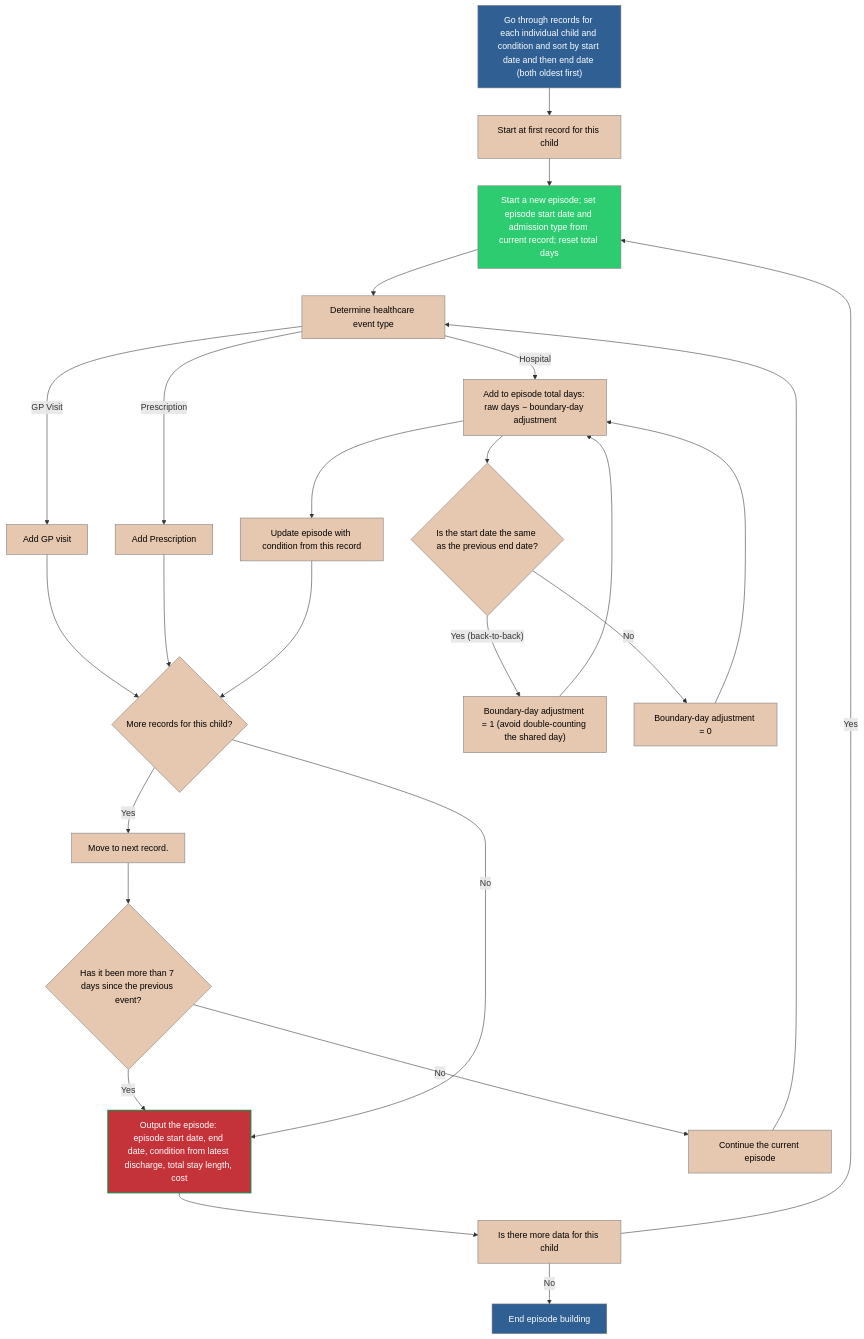
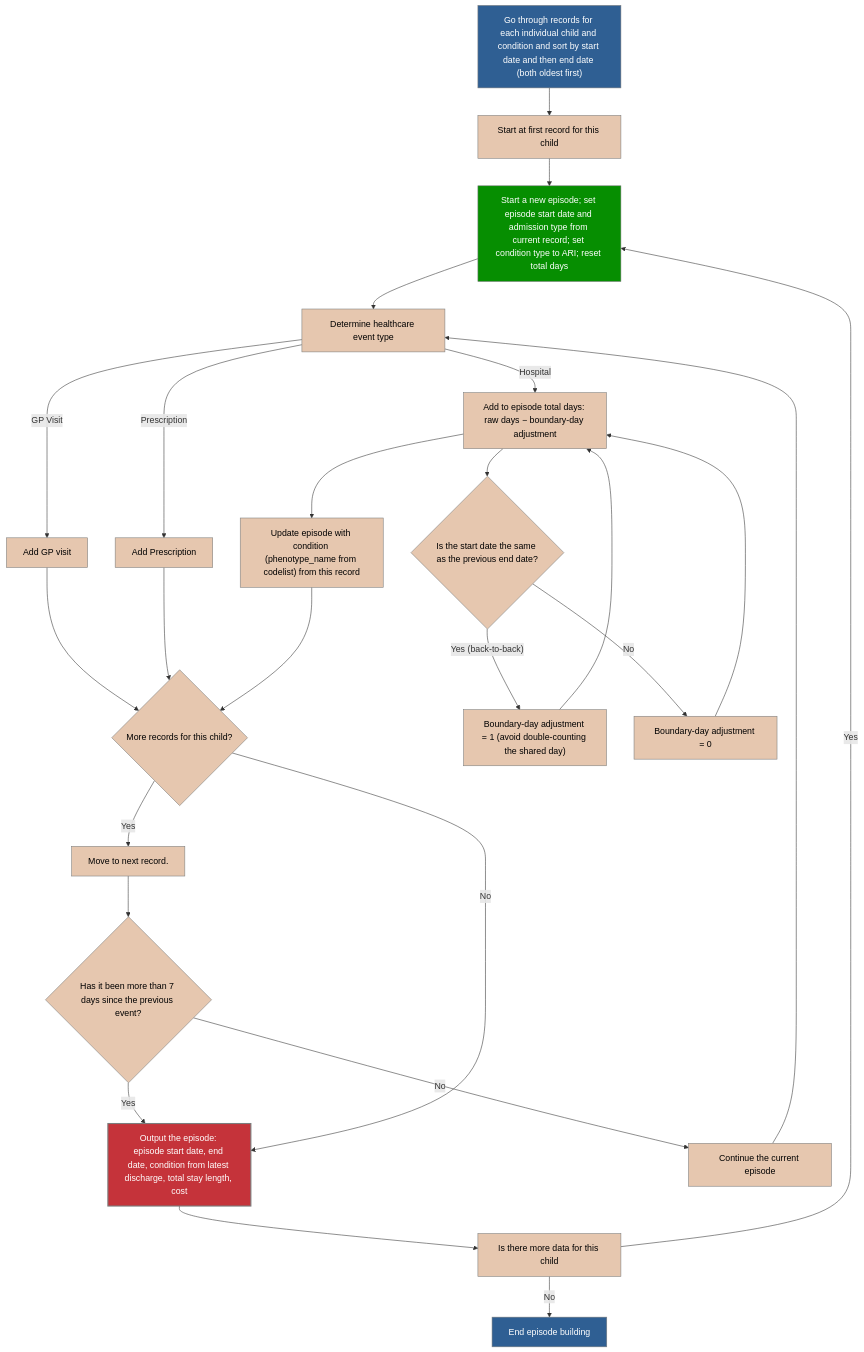
Before and after one commit to HomesHeatAndHealthyKids/DataLochAnalysis: the diagram in ari_episodes.md, drawn with Mermaid. The commit also changed other lines of this file and 1 other file, not shown here.

Commit message:
Updated episode builder to account for assigning condition from hospital record.  added note to categorisation about GP visits - GP read codes are poor indicators typically

````diff
--- a/ari_episodes.md
+++ b/ari_episodes.md
@@ -44,50 +44,50 @@
 ```mermaid
 
 flowchart TD
 
   SMR_child_data["Go through records for each individual child and condition and sort by start date and then end date (both oldest first) "] --> C["Start at first record for this child"]
-  C --> start_episode["Start a new episode; set episode start date and admission type from current record; reset total days"]
+  C --> start_episode["Start a new episode; set episode start date and admission type from current record; set condition type to ARI; reset total days"]
   E{"Has it been more than 7 days since the previous event?"} -->|"Yes"| SMR_output_rec
   SMR_output_rec --> move_next["Is there more data for this child"]
   move_next --> |"Yes"| start_episode
   move_next --> |"No"| end_process["End episode building"]
 
   E -->|"No"| F["Continue the current episode"]
 
   start_episode --> G["Determine healthcare event type"]
   F --> G
   G --> |GP Visit| gp_visit_process["Add GP visit"]
   gp_visit_process --> L
   G --> |Prescription| prescription_process["Add Prescription"]
   prescription_process --> L
   G --> |Hospital| H["Compute this stay's raw days = max(1, days between start and end of event)"]  
   H --> adm_check{"Is the start date the same as the previous end date?"}
   adm_check -->|"Yes (back-to-back)"| bound_adj["Boundary-day adjustment = 1 (avoid double-counting the shared day)"]
   adm_check -->|"No"| no_bound_adj["Boundary-day adjustment = 0"]
   bound_adj --> H["Add to episode total days: raw days − boundary-day adjustment"]
   no_bound_adj --> H
 
 
 
-  H --> J["Update episode with condition from this record"]
+  H --> J["Update episode with condition (phenotype_name from codelist) from this record"]
   
   J --> L{"More records for this child?"}
 
   L -->|"Yes"| M["Move to next record."]
   M --> E
   L -->|"No"| SMR_output_rec["Output the episode: episode start date, end date, condition from latest discharge, total stay length, cost"]
 
   %% =========================
   %% Styling
   %% =========================
-  classDef record fill:	#C5333A,color: #ffffff,stroke: #1e8449,stroke-width:2px;
+  classDef record fill:	#C5333A,color: #ffffff,stroke: 068e01,stroke-width:2px;
   classDef data fill: #2F5F93,color: #ffffff,stroke: #7b7d7d,stroke-width:1px;
   classDef node fill: #E6C7AF,color: #000000,stroke: #7b7d7d,stroke-width:1px;
-  classDef new_data fill: #2ecc71,color: #ffffff,stroke: #7b7d7d,stroke-width:1px;
+  classDef new_data fill: #068e01,color: #ffffff,stroke: #7b7d7d,stroke-width:1px;
 
   class SMR_output_rec record
   class SMR_child_data,end_process data
   class C,D,E,F,G,H,J,K,L,M node
   class start_episode new_data
 
 ```
````
